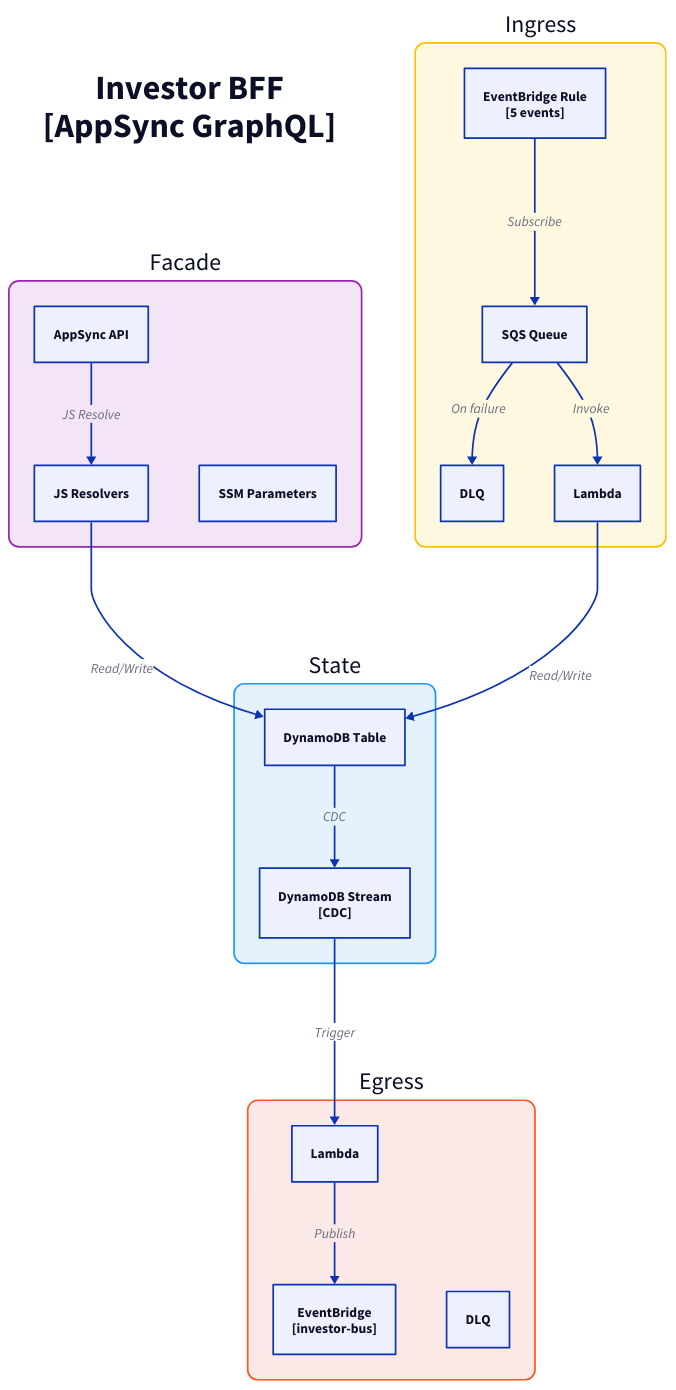
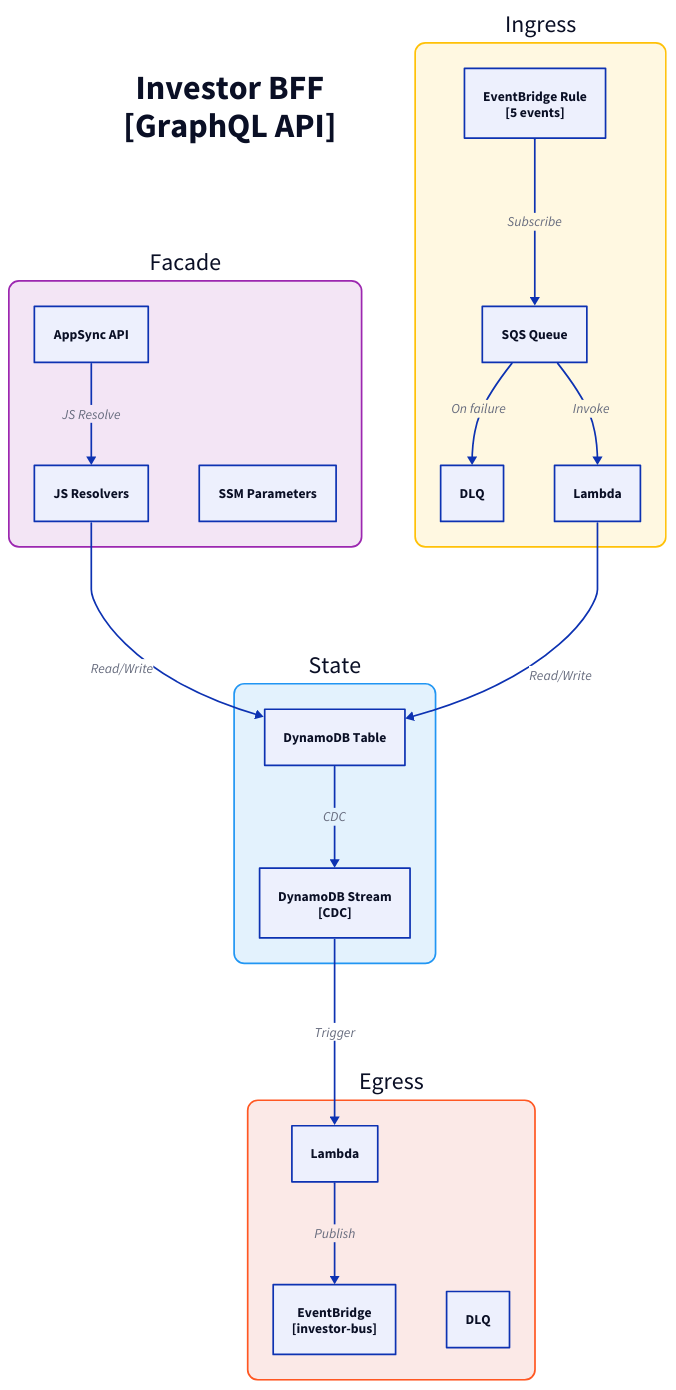
The diagram in docs/architecture/c3/investor-bff.d2 (fabio-vitali/nestfolio), drawn with D2 before and after one commit. The commit also changed 32 other files, not shown here.

Commit message:
fix: c4 diagram fixes

```diff
--- a/docs/architecture/c3/investor-bff.d2
+++ b/docs/architecture/c3/investor-bff.d2
@@ -1,46 +1,46 @@
 direction: down
 
-title: "Investor BFF\n[AppSync GraphQL]" {
+title: "Investor BFF\n[GraphQL API]" {
   style: { font-size: 40; bold: true; fill: transparent; stroke: transparent }
 }
 
 facade: "Facade" {
   style: { fill: "#F3E5F5"; stroke: "#9C27B0"; border-radius: 12; font-size: 28 }
   appsync: "AppSync API" { class: aws-appsync }
   resolvers: "JS Resolvers" { class: aws-lambda }
   appsync -> resolvers: JS Resolve
   ssm: "SSM Parameters" { class: aws-ssm }
 }
 
 ingress: "Ingress" {
   style: { fill: "#FFF8E1"; stroke: "#FFC107"; border-radius: 12; font-size: 28 }
   rule: "EventBridge Rule\n[5 events]" { class: aws-eventbridge }
   sqs: "SQS Queue" { class: aws-sqs }
   dlq: "DLQ" { class: aws-dlq }
   handler: "Lambda" { class: aws-lambda }
 
   rule -> sqs: Subscribe
   sqs -> handler: Invoke
   sqs -> dlq: On failure
 }
 
 state: "State" {
   style: { fill: "#E3F2FD"; stroke: "#2196F3"; border-radius: 12; font-size: 28 }
   table: "DynamoDB Table" { class: aws-dynamodb }
   stream: "DynamoDB Stream\n[CDC]" { class: aws-ddb-stream }
   table -> stream: CDC
 }
 
 egress: "Egress" {
   style: { fill: "#FBE9E7"; stroke: "#FF5722"; border-radius: 12; font-size: 28 }
   processor: "Lambda" { class: aws-lambda }
   bus: "EventBridge\n[investor-bus]" { class: aws-eventbridge }
   dlq: "DLQ" { class: aws-dlq }
 
   processor -> bus: Publish
 }
 
 # Flows
 facade.resolvers -> state.table: Read/Write
 ingress.handler -> state.table: Read/Write
 state.stream -> egress.processor: Trigger
```
